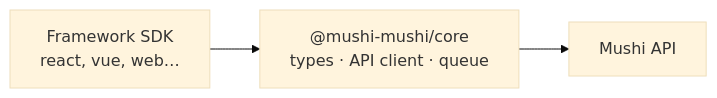
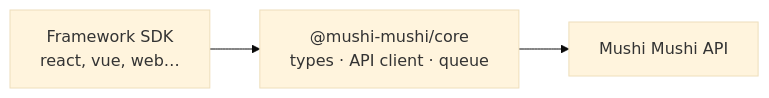
One commit to kensaurus/mushi-mushi changed the diagram in packages/core/README.md. Above: the diagram before and after it, drawn with Mermaid (base theme). The commit also changed other lines of this file and 425 other files, not shown here.

````diff
--- a/packages/core/README.md
+++ b/packages/core/README.md
@@ -25,4 +25,4 @@
 ```mermaid
 flowchart LR
-    A["Framework SDK<br/>react, vue, web…"] --> B["@mushi-mushi/core<br/>types · API client · queue"] --> C["Mushi API"]
+    A["Framework SDK<br/>react, vue, web…"] --> B["@mushi-mushi/core<br/>types · API client · queue"] --> C["Mushi Mushi API"]
 ```
````
